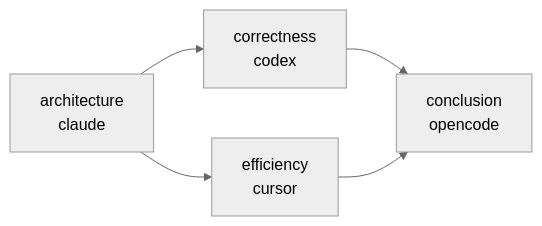
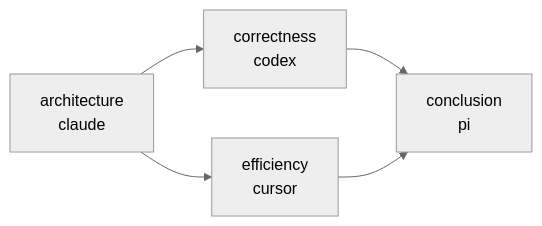
One commit to harshanandak/harnest changed the third of 3 diagrams in README.md. Above: the diagram before and after it, drawn with Mermaid (neutral theme). The commit also changed 4 other files, not shown here.

Commit message:
Use read-only targets in graph examples and the T3 proof

````diff
--- a/README.md
+++ b/README.md
@@ -209,7 +209,7 @@
 ```mermaid
 flowchart LR
     a["architecture<br/>claude"] --> c["correctness<br/>codex"]
     a --> e["efficiency<br/>cursor"]
-    c --> z["conclusion<br/>opencode"]
+    c --> z["conclusion<br/>pi"]
     e --> z
 ```
````
